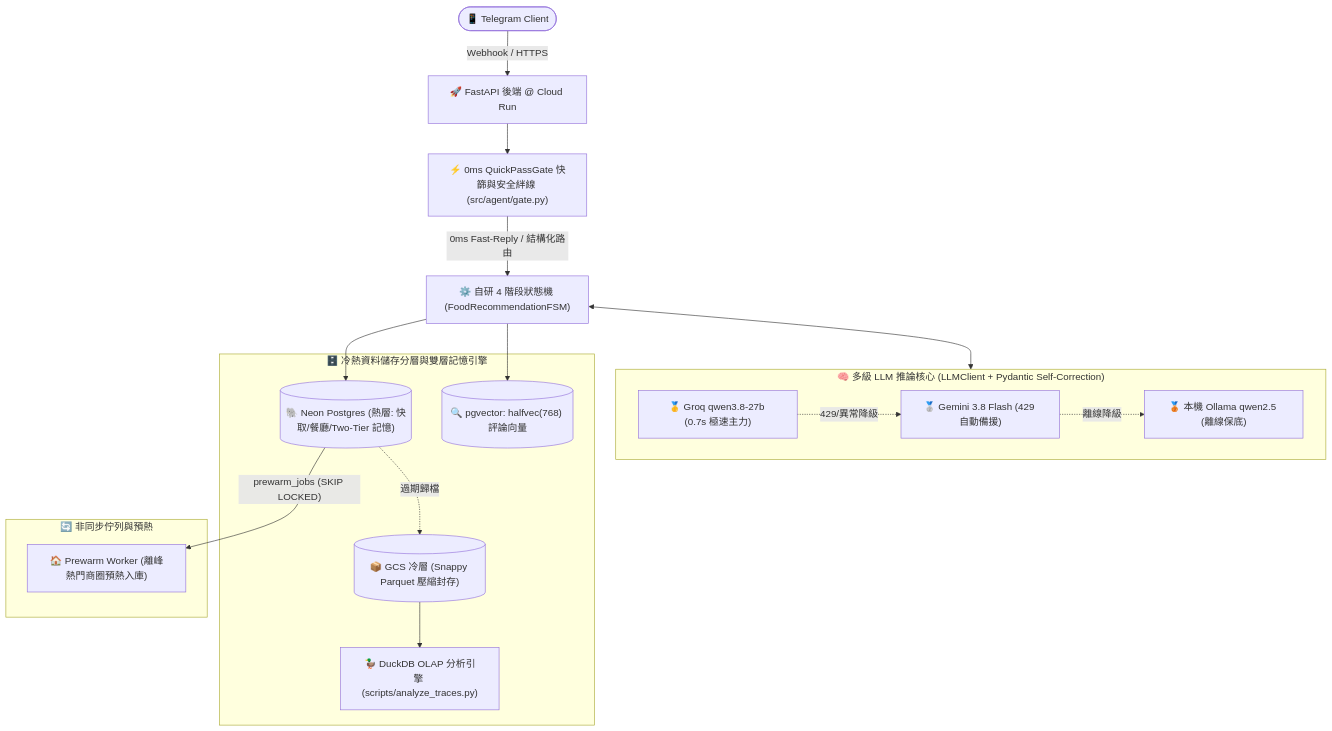
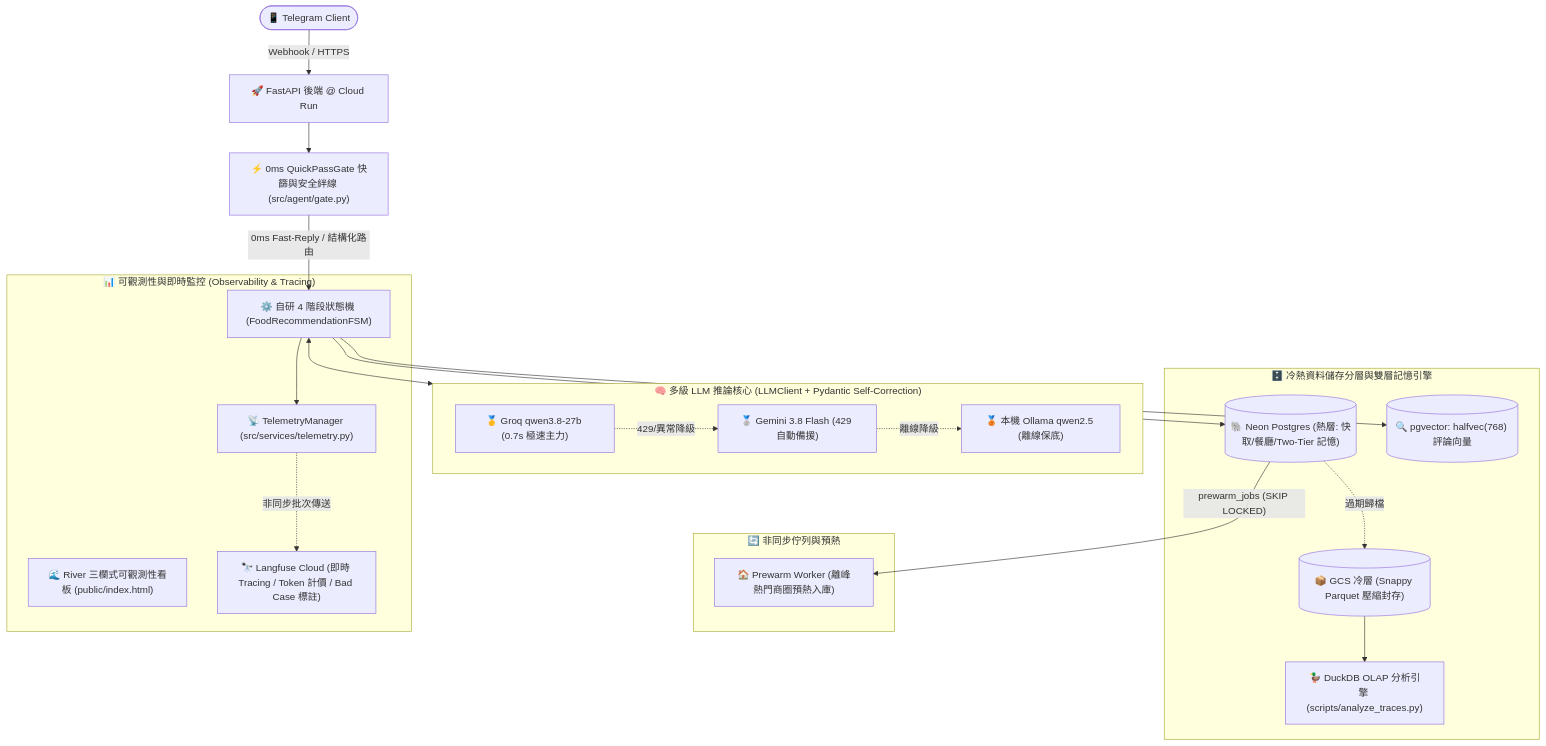
Before and after one commit to AnnieeLiuu/pickforme: the first of 3 diagrams in docs/ARCHITECTURE.md, drawn with Mermaid. The commit also changed other lines of this file and 9 other files, not shown here.

Commit message:
feat(observability): integrate Langfuse online tracing with graceful degradation and zero-impact tests

````diff
--- a/docs/ARCHITECTURE.md
+++ b/docs/ARCHITECTURE.md
@@ -15,32 +15,40 @@
 ```mermaid
 graph TD
     User(["📱 Telegram Client"]) -->|Webhook / HTTPS| Server["🚀 FastAPI 後端 @ Cloud Run"]
     Server --> Gate["⚡ 0ms QuickPassGate 快篩與安全絆線 (src/agent/gate.py)"]
     Gate -->|"0ms Fast-Reply / 結構化路由"| FSM["⚙️ 自研 4 階段狀態機 (FoodRecommendationFSM)"]
 
     subgraph LLMTier ["🧠 多級 LLM 推論核心 (LLMClient + Pydantic Self-Correction)"]
         Groq["🥇 Groq qwen3.8-27b (0.7s 極速主力)"]
         Gemini["🥈 Gemini 3.8 Flash (429 自動備援)"]
         Ollama["🥉 本機 Ollama qwen2.5 (離線保底)"]
         Groq -.->|429/異常降級| Gemini
         Gemini -.->|離線降級| Ollama
     end
 
     subgraph StorageTier ["🗄️ 冷熱資料儲存分層與雙層記憶引擎"]
         HotDB[("🐘 Neon Postgres (熱層: 快取/餐廳/Two-Tier 記憶)")]
         VectorDB[("🔍 pgvector: halfvec(768) 評論向量")]
         ColdArchive[("📦 GCS 冷層 (Snappy Parquet 壓縮封存)")]
         DuckDBEngine["🦆 DuckDB OLAP 分析引擎 (scripts/analyze_traces.py)"]
         HotDB -.->|過期歸檔| ColdArchive
         ColdArchive --> DuckDBEngine
     end
 
     subgraph BackgroundWorker ["🔄 非同步佇列與預熱"]
         LocalWorker["🏠 Prewarm Worker (離峰熱門商圈預熱入庫)"]
         HotDB -->|"prewarm_jobs (SKIP LOCKED)"| LocalWorker
     end
 
+    subgraph ObservabilityTier ["📊 可觀測性與即時監控 (Observability & Tracing)"]
+        RiverViewer["🌊 River 三欄式可觀測性看板 (public/index.html)"]
+        LangfuseCloud["🔭 Langfuse Cloud (即時 Tracing / Token 計價 / Bad Case 標註)"]
+        TelemetryMgr["📡 TelemetryManager (src/services/telemetry.py)"]
+        FSM --> TelemetryMgr
+        TelemetryMgr -.->|非同步批次傳送| LangfuseCloud
+    end
+
     FSM <--> LLMTier
     FSM --> HotDB
     FSM --> VectorDB
 ```
````
